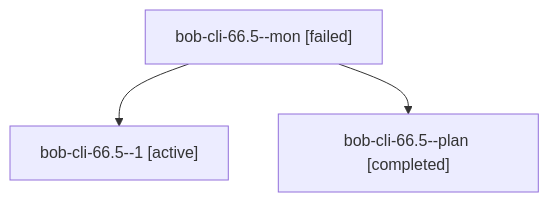
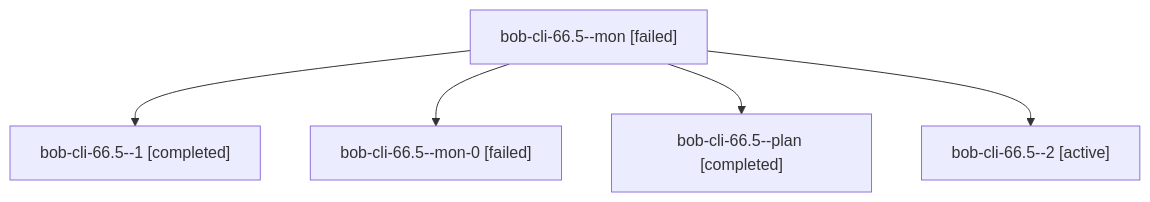
One commit to bobs-org/bob-cli--agents changed the diagram in sessions/bbugyi200.athena.bob-cli-66.5.md. Above: the diagram before and after it, drawn with Mermaid. The commit also changed other lines of this file and 37 other files, not shown here.

````diff
--- a/sessions/bbugyi200.athena.bob-cli-66.5.md
+++ b/sessions/bbugyi200.athena.bob-cli-66.5.md
@@ -9,8 +9,12 @@
 ```mermaid
 flowchart TD
   n0["bob-cli-66.5--mon [failed]"]
-  n1["bob-cli-66.5--1 [active]"]
+  n1["bob-cli-66.5--1 [completed]"]
   n0 --> n1
-  n2["bob-cli-66.5--plan [completed]"]
+  n2["bob-cli-66.5--mon-0 [failed]"]
   n0 --> n2
+  n3["bob-cli-66.5--plan [completed]"]
+  n0 --> n3
+  n4["bob-cli-66.5--2 [active]"]
+  n0 --> n4
 ```
````
